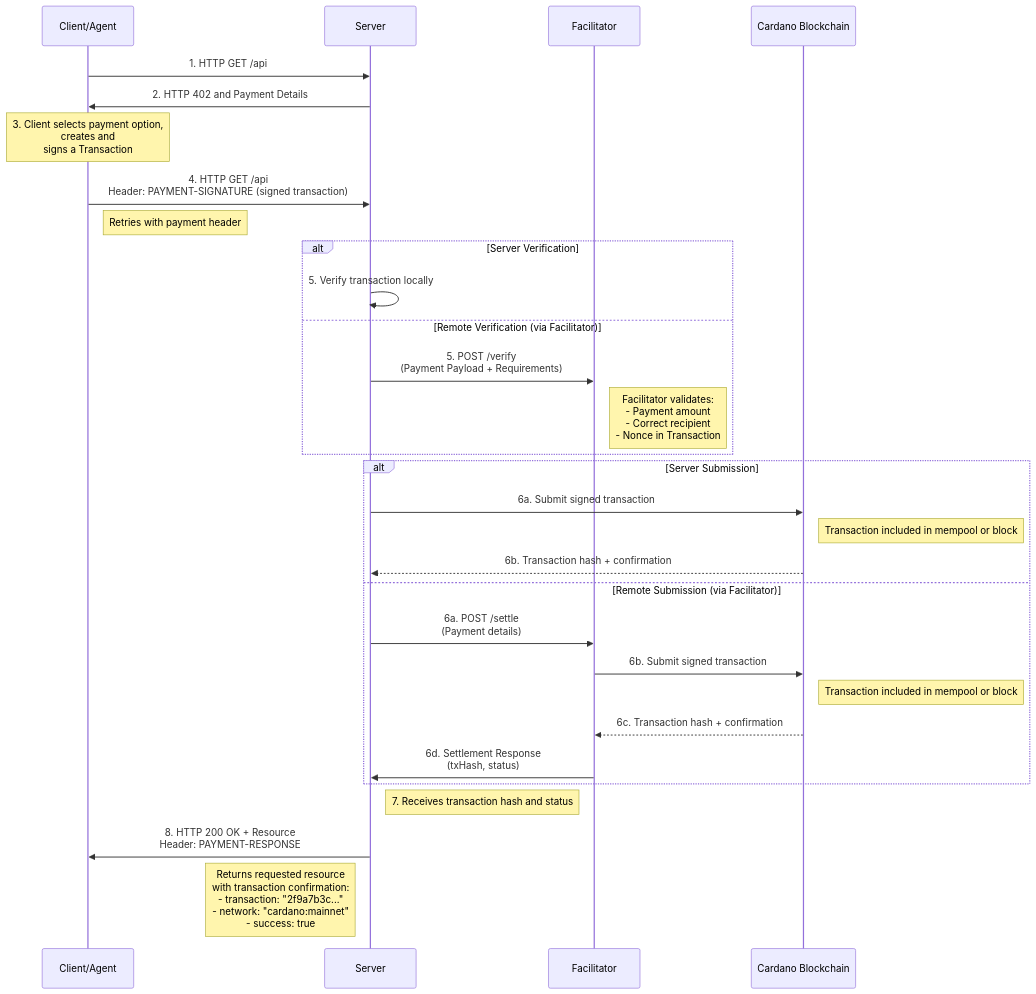
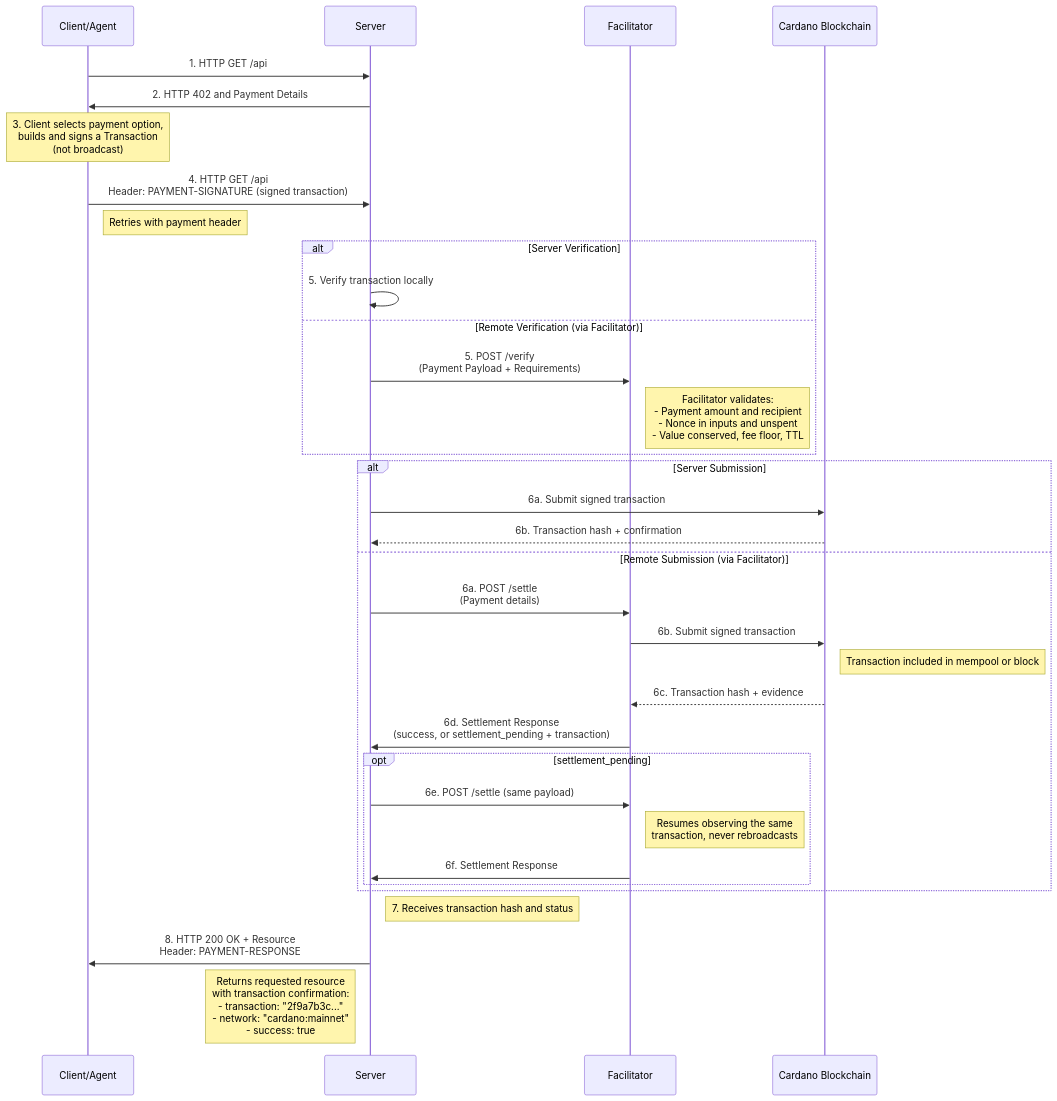
The diagram in .x402-specs/schemes/exact/scheme_exact_cardano.md (DrVelvetFog/x402-pilot), drawn with Mermaid before and after one commit. The commit also changed other lines of this file and 145 other files, not shown here.

````diff
--- a/.x402-specs/schemes/exact/scheme_exact_cardano.md
+++ b/.x402-specs/schemes/exact/scheme_exact_cardano.md
@@ -16,47 +37,51 @@
 ```mermaid
 sequenceDiagram
     participant Client as Client/Agent
     participant Server as Server
     participant Facilitator as Facilitator
     participant Cardano as Cardano Blockchain
 
     %% Initial Request
     Client->>Server: 1. HTTP GET /api
 
     %% Payment Required Response
     Server->>Client: 2. HTTP 402 and Payment Details
 
     %% Client Prepares Payment
-    Note over Client: 3. Client selects payment option,<br/>creates and <br/> signs a Transaction
+    Note over Client: 3. Client selects payment option,<br/>builds and signs a Transaction<br/>(not broadcast)
 
     %% Request with Payment
     Client->>Server: 4. HTTP GET /api<br/>Header: PAYMENT-SIGNATURE (signed transaction)
     Note right of Client: Retries with payment header
 
     %% Server Verification
     alt Server Verification
         Server->>Server: 5. Verify transaction locally
     else Remote Verification (via Facilitator)
         Server->>Facilitator: 5. POST /verify<br/>(Payment Payload + Requirements)
-        Note right of Facilitator: Facilitator validates:<br/>- Payment amount<br/>- Correct recipient<br/>- Nonce in Transaction
+        Note right of Facilitator: Facilitator validates:<br/>- Payment amount and recipient<br/>- Nonce in inputs and unspent<br/>- Value conserved, fee floor, TTL
     end
 
-    %% Server Verification
+    %% Settlement
     alt Server Submission
         Server->>Cardano: 6a. Submit signed transaction
-        Note right of Cardano: Transaction included in mempool or block
         Cardano-->>Server: 6b. Transaction hash + confirmation
     else Remote Submission (via Facilitator)
       Server->>Facilitator: 6a. POST /settle<br/>(Payment details)
       Facilitator->>Cardano: 6b. Submit signed transaction
       Note right of Cardano: Transaction included in mempool or block
-      Cardano-->>Facilitator: 6c. Transaction hash + confirmation
-      Facilitator->>Server: 6d. Settlement Response<br/>(txHash, status)
+      Cardano-->>Facilitator: 6c. Transaction hash + evidence
+      Facilitator->>Server: 6d. Settlement Response<br/>(success, or settlement_pending + transaction)
+      opt settlement_pending
+        Server->>Facilitator: 6e. POST /settle (same payload)
+        Note right of Facilitator: Resumes observing the same<br/>transaction, never rebroadcasts
+        Facilitator->>Server: 6f. Settlement Response
+      end
     end
 
     Note right of Server: 7. Receives transaction hash and status
 
     %% Final Response
     Server->>Client: 8. HTTP 200 OK + Resource<br/>Header: PAYMENT-RESPONSE
     Note left of Server: Returns requested resource<br/>with transaction confirmation:<br/>- transaction: "2f9a7b3c..."<br/>- network: "cardano:mainnet"<br/>- success: true
 ```
````
